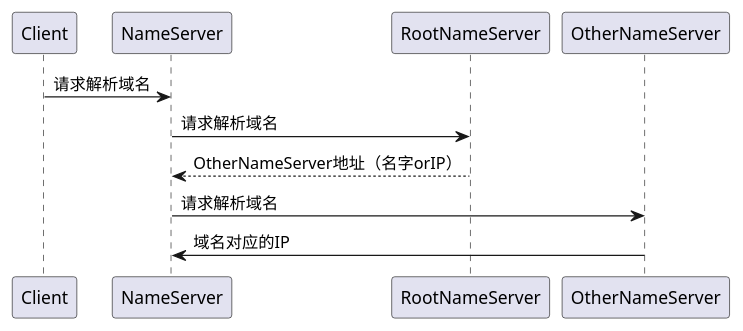
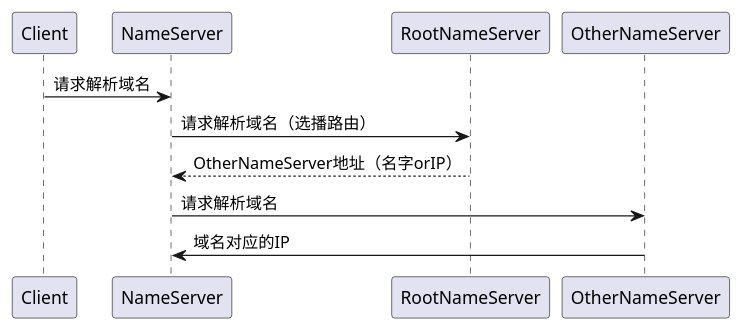
One commit to ChamberQuin/blog changed the second of 2 diagrams in network/dns.md. Above: the diagram before and after it, drawn with PlantUML. The commit also changed other lines of this file and 3 other files, not shown here.

````diff
--- a/network/dns.md
+++ b/network/dns.md
@@ -46,9 +48,9 @@
 ``` plantuml
 @startuml
 Client -> NameServer: 请求解析域名
-NameServer -> RootNameServer: 请求解析域名
+NameServer -> RootNameServer: 请求解析域名（选播路由）
 RootNameServer --> NameServer: OtherNameServer地址（名字orIP）
 NameServer -> OtherNameServer: 请求解析域名
 OtherNameServer -> NameServer: 域名对应的IP
 @enduml
 ```
````
